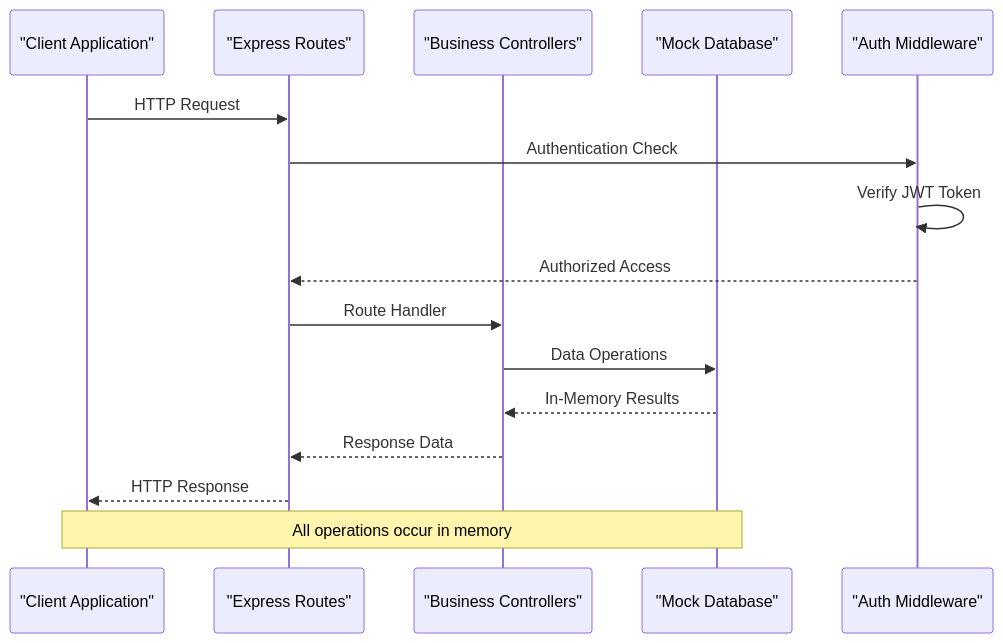
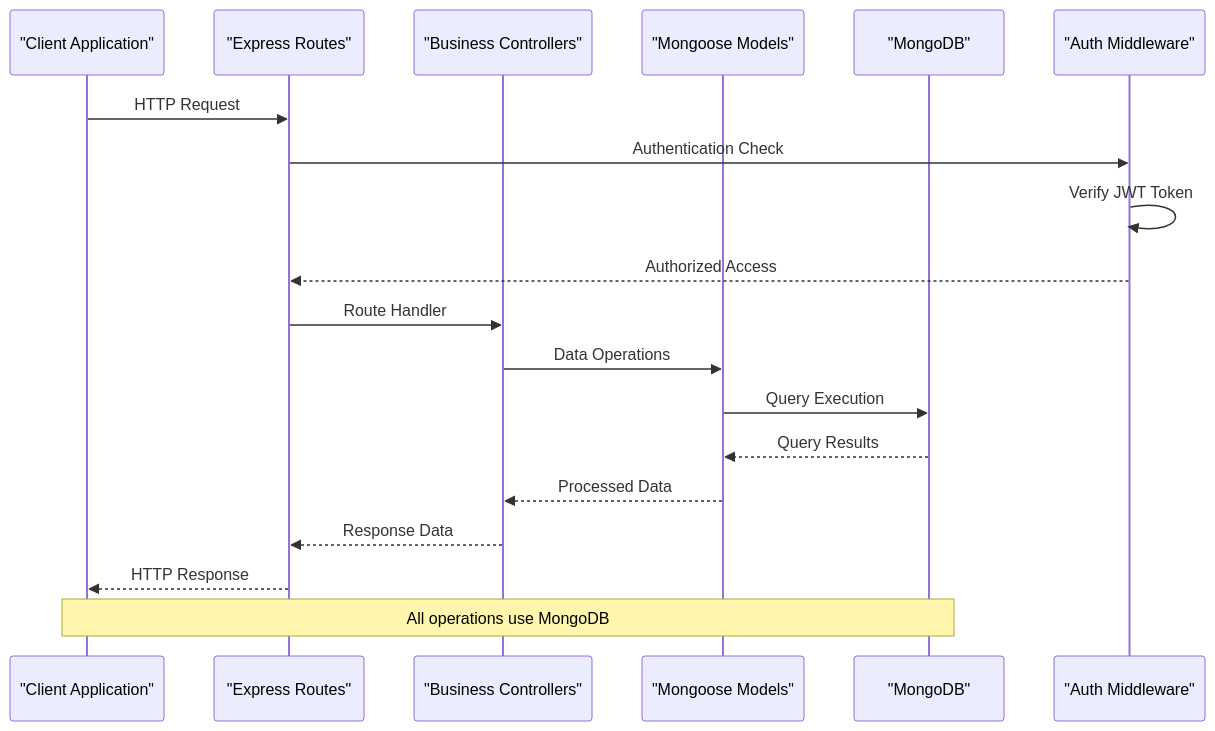
Before and after one commit to ganesh-NB/readsphere: the second of 8 diagrams in .qoder/repowiki/en/content/Data Models and Database Schema/Mock Database Implementation.md, drawn with Mermaid. The commit also changed other lines of this file and 46 other files, not shown here.

````diff
--- a/.qoder/repowiki/en/content/Data Models and Database Schema/Mock Database Implementation.md
+++ b/.qoder/repowiki/en/content/Data Models and Database Schema/Mock Database Implementation.md
@@ -133,18 +163,21 @@
 ```mermaid
 sequenceDiagram
 participant Client as "Client Application"
 participant API as "Express Routes"
 participant Controller as "Business Controllers"
-participant MockDB as "Mock Database"
+participant Model as "Mongoose Models"
+participant Database as "MongoDB"
 participant Middleware as "Auth Middleware"
 Client->>API : HTTP Request
 API->>Middleware : Authentication Check
 Middleware->>Middleware : Verify JWT Token
 Middleware-->>API : Authorized Access
 API->>Controller : Route Handler
-Controller->>MockDB : Data Operations
-MockDB-->>Controller : In-Memory Results
+Controller->>Model : Data Operations
+Model->>Database : Query Execution
+Database-->>Model : Query Results
+Model-->>Controller : Processed Data
 Controller-->>API : Response Data
 API-->>Client : HTTP Response
-Note over Client,MockDB : All operations occur in memory
+Note over Client,Database : All operations use MongoDB
 ```
````
